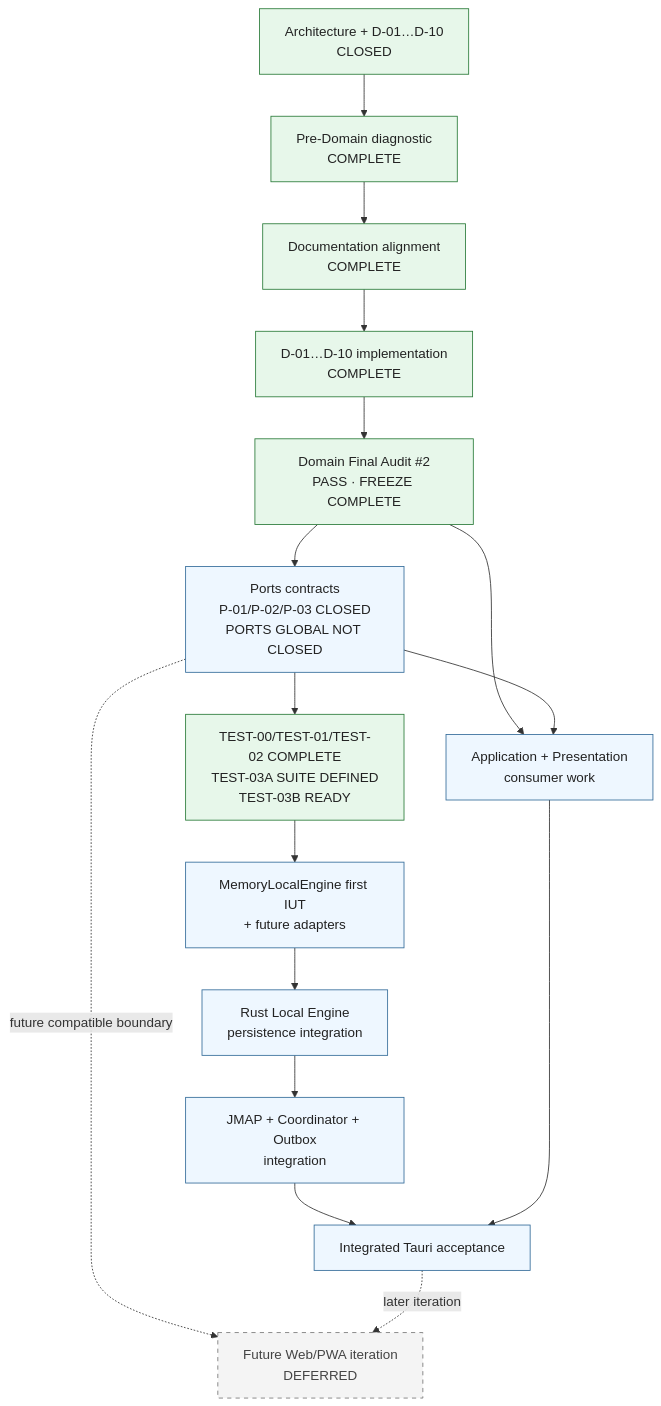
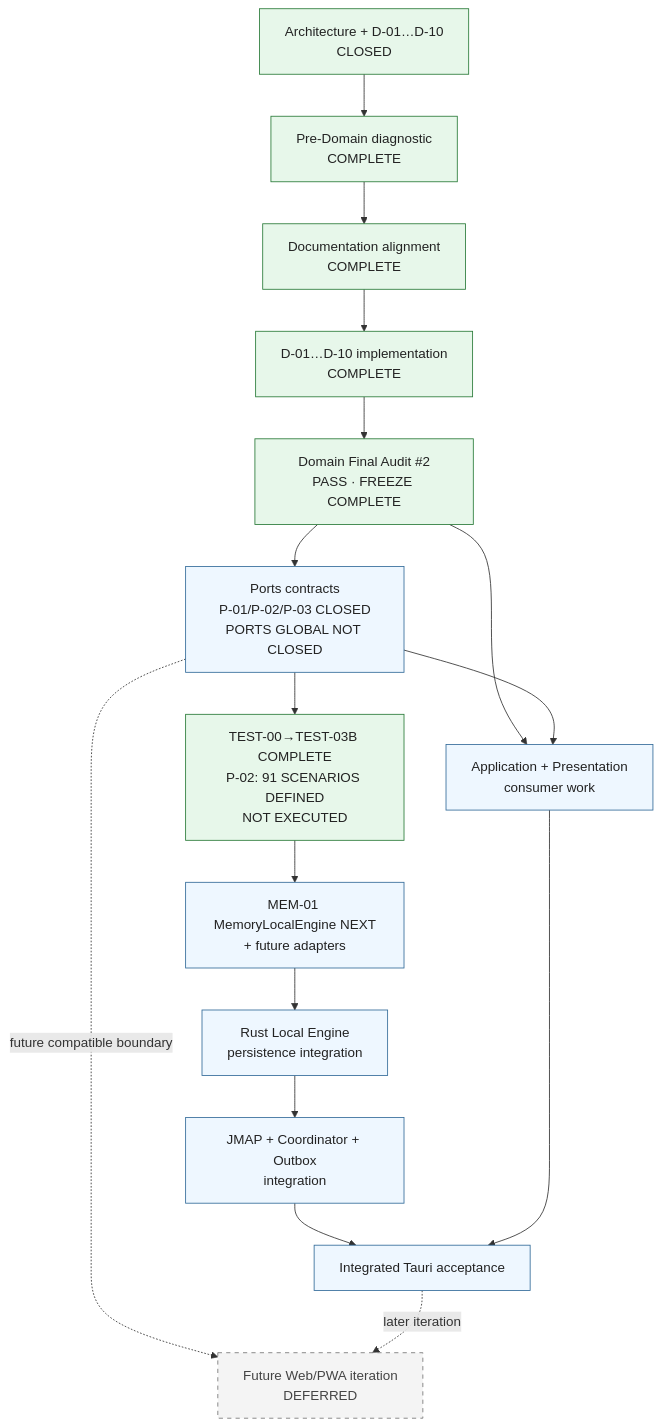
The diagram in docs/planning/roadmap.md (sebastiandperez/Correo-Boxplot), drawn with Mermaid before and after one commit. The commit also changed other lines of this file and 5 other files, not shown here.

````diff
--- a/docs/planning/roadmap.md
+++ b/docs/planning/roadmap.md
@@ -53,30 +53,30 @@
 ```mermaid
 flowchart TD
     Decisions["Architecture + D-01…D-10<br/>CLOSED"]
     Diagnostic["Pre-Domain diagnostic<br/>COMPLETE"]
     Docs["Documentation alignment<br/>COMPLETE"]
     Domain["D-01…D-10 implementation<br/>COMPLETE"]
     DomainGate["Domain Final Audit #2<br/>PASS · FREEZE COMPLETE"]
     Ports["Ports contracts<br/>P-01/P-02/P-03 CLOSED<br/>PORTS GLOBAL NOT CLOSED"]
-    TestSpec["TEST-00/TEST-01/TEST-02 COMPLETE<br/>TEST-03A SUITE DEFINED<br/>TEST-03B READY"]
-    Adapters["MemoryLocalEngine first IUT<br/>+ future adapters"]
+    TestSpec["TEST-00→TEST-03B COMPLETE<br/>P-02: 91 SCENARIOS DEFINED<br/>NOT EXECUTED"]
+    Adapters["MEM-01 MemoryLocalEngine NEXT<br/>+ future adapters"]
     Engine["Rust Local Engine<br/>persistence integration"]
     Remote["JMAP + Coordinator + Outbox<br/>integration"]
     App["Application + Presentation<br/>consumer work"]
     Acceptance["Integrated Tauri acceptance"]
     FutureWeb["Future Web/PWA iteration<br/>DEFERRED"]
 
     Decisions --> Diagnostic --> Docs --> Domain --> DomainGate --> Ports --> TestSpec --> Adapters --> Engine --> Remote --> Acceptance
     DomainGate --> App
     Ports --> App
     App --> Acceptance
     Ports -.->|"future compatible boundary"| FutureWeb
     Acceptance -.->|"later iteration"| FutureWeb
 
     classDef closed fill:#e7f7ea,stroke:#297a38,color:#222;
     classDef active fill:#eef7ff,stroke:#336b99,color:#222;
     classDef deferred fill:#f4f4f4,stroke:#777,stroke-dasharray:5 5,color:#444;
     class Decisions,Diagnostic,Docs,Domain,DomainGate,TestSpec closed;
     class Ports,Adapters,Engine,Remote,App,Acceptance active;
     class FutureWeb deferred;
 ```
````
